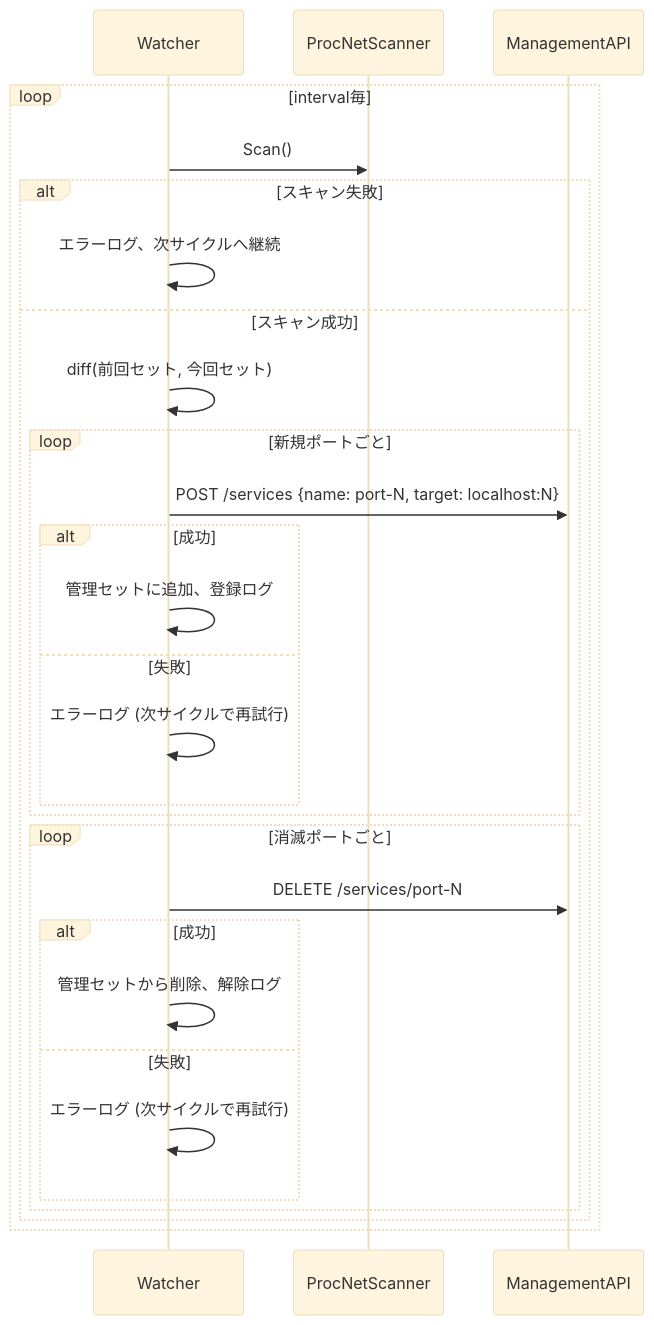
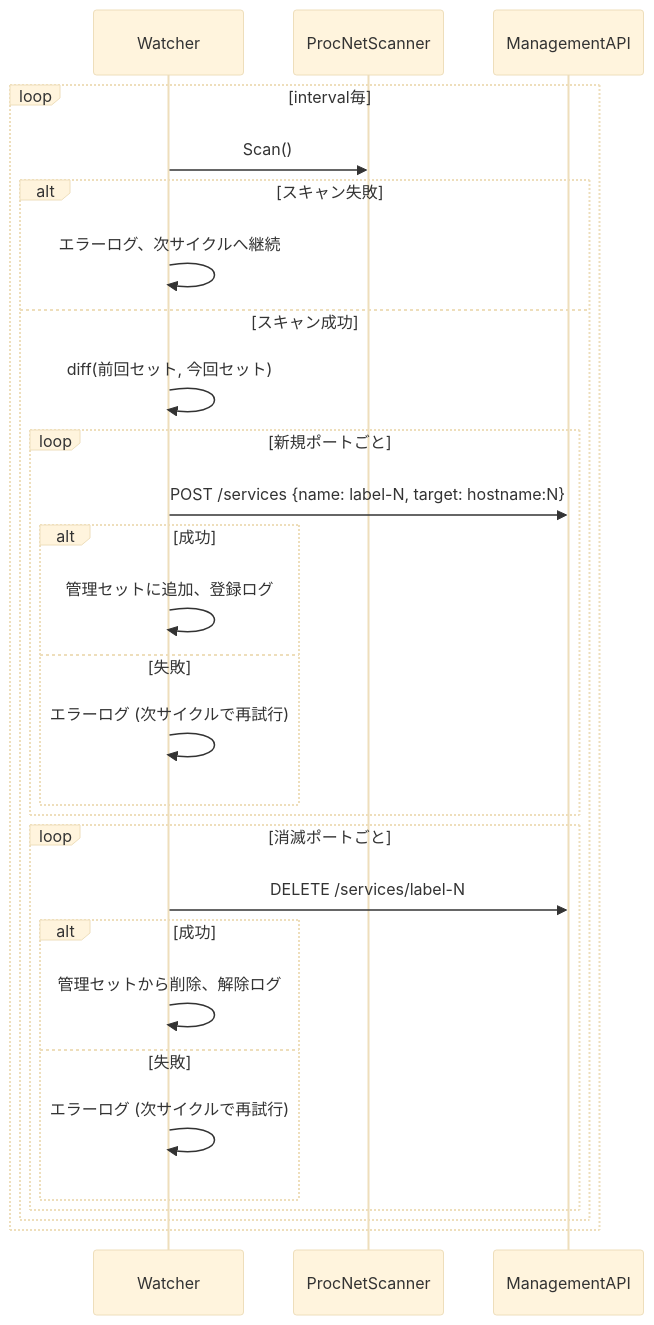
One commit to backpaper0/localgate changed the third of 4 diagrams in .kiro/specs/watch-port/design.md. Above: the diagram before and after it, drawn with Mermaid (base theme). The commit also changed other lines of this file and 2 other files, not shown here.

````diff
--- a/.kiro/specs/watch-port/design.md
+++ b/.kiro/specs/watch-port/design.md
@@ -122,31 +121,31 @@
 ```mermaid
 sequenceDiagram
     participant Watcher
     participant ProcNetScanner
     participant ManagementAPI
 
     loop interval毎
         Watcher->>ProcNetScanner: Scan()
         alt スキャン失敗
             Watcher->>Watcher: エラーログ、次サイクルへ継続
         else スキャン成功
             Watcher->>Watcher: diff(前回セット, 今回セット)
             loop 新規ポートごと
-                Watcher->>ManagementAPI: POST /services {name: port-N, target: localhost:N}
+                Watcher->>ManagementAPI: POST /services {name: label-N, target: hostname:N}
                 alt 成功
                     Watcher->>Watcher: 管理セットに追加、登録ログ
                 else 失敗
                     Watcher->>Watcher: エラーログ (次サイクルで再試行)
                 end
             end
             loop 消滅ポートごと
-                Watcher->>ManagementAPI: DELETE /services/port-N
+                Watcher->>ManagementAPI: DELETE /services/label-N
                 alt 成功
                     Watcher->>Watcher: 管理セットから削除、解除ログ
                 else 失敗
                     Watcher->>Watcher: エラーログ (次サイクルで再試行)
                 end
             end
         end
     end
 ```
````
